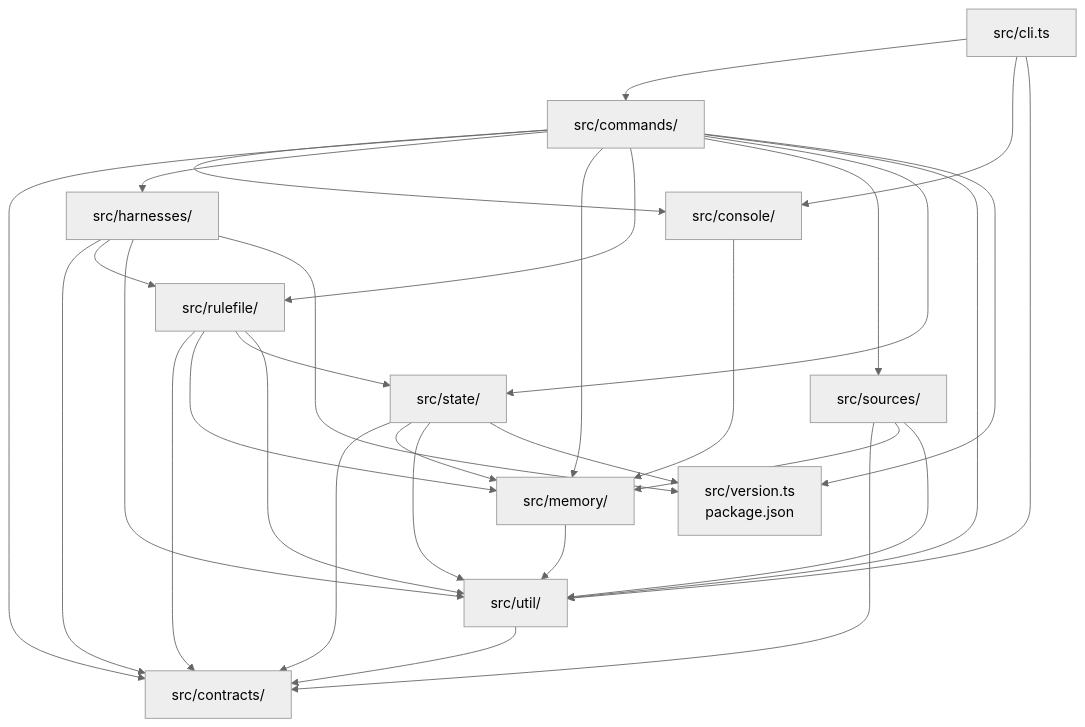
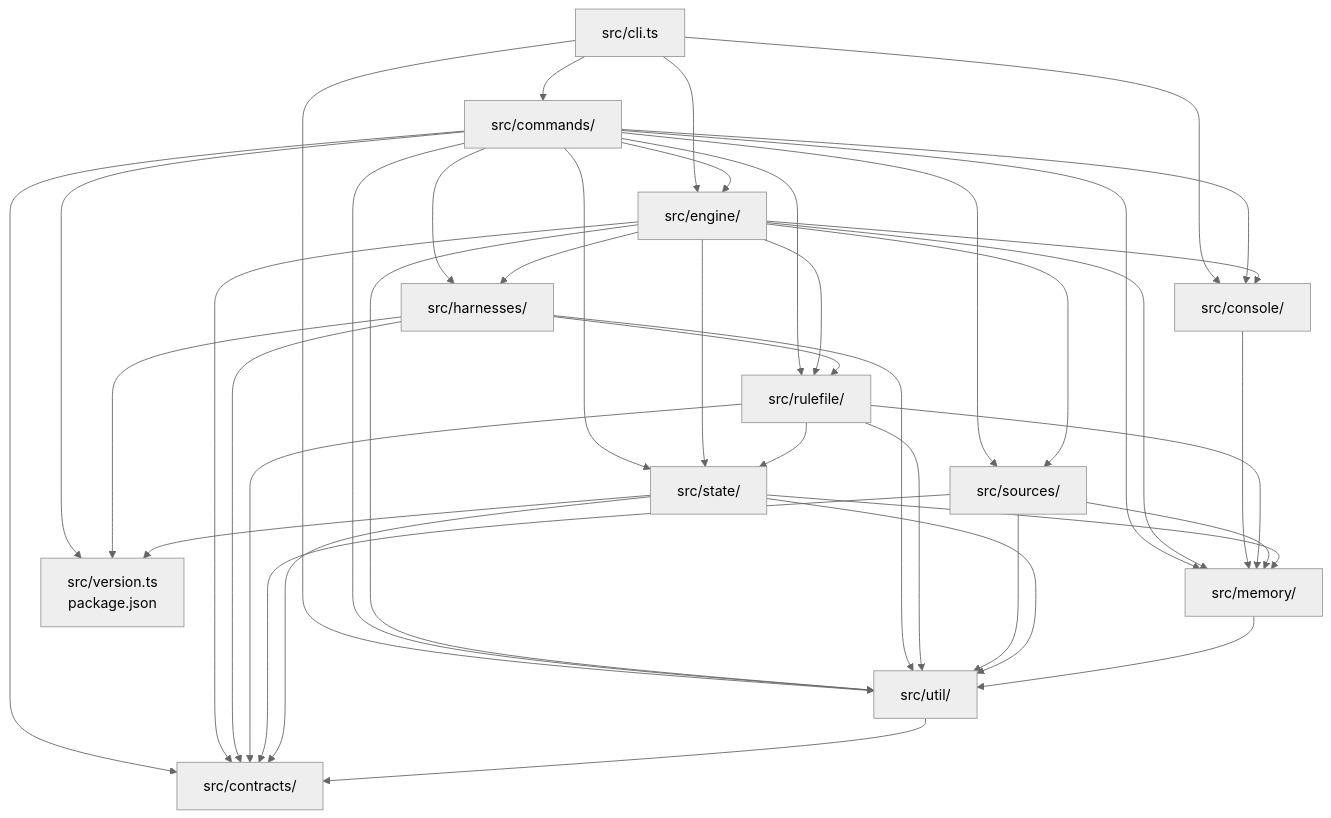
One commit to Vivswan/maxims changed diagram 15 of 15 in docs/architecture.md. Above: the diagram before and after it, drawn with Mermaid (neutral theme). The commit also changed other lines of this file and 73 other files, not shown here.

Commit message:
refactor(layout): the sync planner's inputs move to src/engine (#152)

````diff
--- a/docs/architecture.md
+++ b/docs/architecture.md
@@ -568,44 +568,55 @@
 ```mermaid
 graph TD
   cli["src/cli.ts"]
   commands["src/commands/"]
+  engine["src/engine/"]
   console["src/console/"]
   harnesses["src/harnesses/"]
   rulefile["src/rulefile/"]
   sources["src/sources/"]
   state["src/state/"]
   contracts["src/contracts/"]
   memory["src/memory/"]
   util["src/util/"]
   version["src/version.ts<br>package.json"]
   cli --> commands
   cli --> console
+  cli --> engine
   cli --> util
   commands --> console
   commands --> contracts
+  commands --> engine
   commands --> harnesses
   commands --> memory
   commands --> rulefile
   commands --> sources
   commands --> state
   commands --> util
   commands --> version
+  engine --> console
+  engine --> contracts
+  engine --> harnesses
+  engine --> memory
+  engine --> rulefile
+  engine --> sources
+  engine --> state
+  engine --> util
   console --> memory
   harnesses --> contracts
   harnesses --> rulefile
   harnesses --> util
   harnesses --> version
   rulefile --> contracts
   rulefile --> memory
   rulefile --> state
   rulefile --> util
   sources --> contracts
   sources --> memory
   sources --> util
   state --> contracts
   state --> memory
   state --> util
   state --> version
   memory --> util
   util --> contracts
 ```
````
